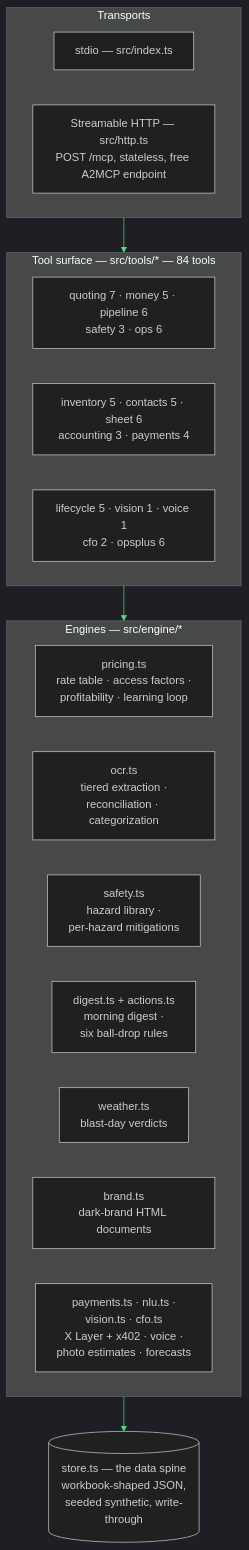
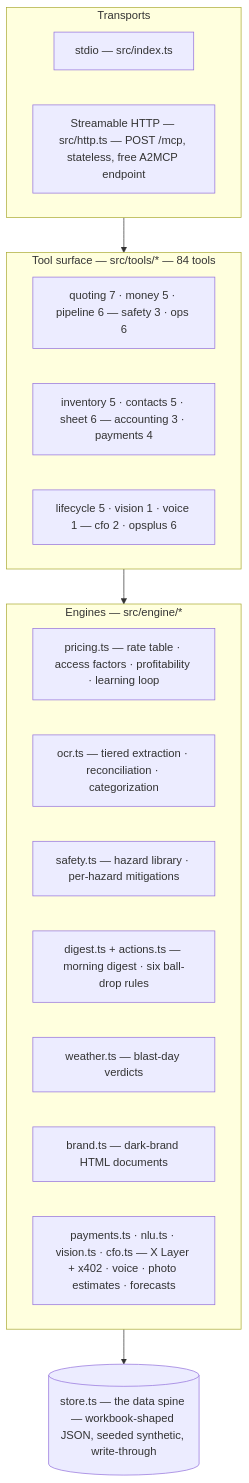
One commit to kr8tiv-ai/evolved changed the diagram in docs/ARCHITECTURE.md. Above: the diagram before and after it, drawn with Mermaid. The commit also changed other lines of this file and 6 other files, not shown here.

Commit message:
Docs: GitHub-safe mermaid across all 5 diagrams + reconcile 20->25 tab counts everywhere

````diff
--- a/docs/ARCHITECTURE.md
+++ b/docs/ARCHITECTURE.md
@@ -10,24 +10,23 @@
 ```mermaid
-%%{init: {"theme": "dark", "themeVariables": {"primaryColor": "#101010", "primaryBorderColor": "#4ade80", "primaryTextColor": "#f3f4f6", "lineColor": "#4ade80"}}}%%
 flowchart TB
     subgraph transports [Transports]
-        A[stdio — src/index.ts]
-        B[Streamable HTTP — src/http.ts<br>POST /mcp, stateless, free A2MCP endpoint]
+        A["stdio — src/index.ts"]
+        B["Streamable HTTP — src/http.ts — POST /mcp, stateless, free A2MCP endpoint"]
     end
     subgraph surface [Tool surface — src/tools/* — 84 tools]
-        Q[quoting 7 · money 5 · pipeline 6<br>safety 3 · ops 6]
-        R[inventory 5 · contacts 5 · sheet 6<br>accounting 3 · payments 4]
-        S2[lifecycle 5 · vision 1 · voice 1<br>cfo 2 · opsplus 6]
+        Q["quoting 7 · money 5 · pipeline 6 — safety 3 · ops 6"]
+        R["inventory 5 · contacts 5 · sheet 6 — accounting 3 · payments 4"]
+        S2["lifecycle 5 · vision 1 · voice 1 — cfo 2 · opsplus 6"]
     end
     subgraph engines [Engines — src/engine/*]
-        E1[pricing.ts<br>rate table · access factors ·<br>profitability · learning loop]
-        E2[ocr.ts<br>tiered extraction ·<br>reconciliation · categorization]
-        E3[safety.ts<br>hazard library ·<br>per-hazard mitigations]
-        E4[digest.ts + actions.ts<br>morning digest ·<br>six ball-drop rules]
-        E5[weather.ts<br>blast-day verdicts]
-        E6[brand.ts<br>dark-brand HTML documents]
-        E7[payments.ts · nlu.ts ·<br>vision.ts · cfo.ts<br>X Layer + x402 · voice ·<br>photo estimates · forecasts]
+        E1["pricing.ts — rate table · access factors · profitability · learning loop"]
+        E2["ocr.ts — tiered extraction · reconciliation · categorization"]
+        E3["safety.ts — hazard library · per-hazard mitigations"]
+        E4["digest.ts + actions.ts — morning digest · six ball-drop rules"]
+        E5["weather.ts — blast-day verdicts"]
+        E6["brand.ts — dark-brand HTML documents"]
+        E7["payments.ts · nlu.ts · vision.ts · cfo.ts — X Layer + x402 · voice · photo estimates · forecasts"]
     end
-    D[(store.ts — the data spine<br>workbook-shaped JSON,<br>seeded synthetic, write-through)]
+    D[("store.ts — the data spine — workbook-shaped JSON, seeded synthetic, write-through")]
     transports --> surface --> engines --> D
 ```
````
